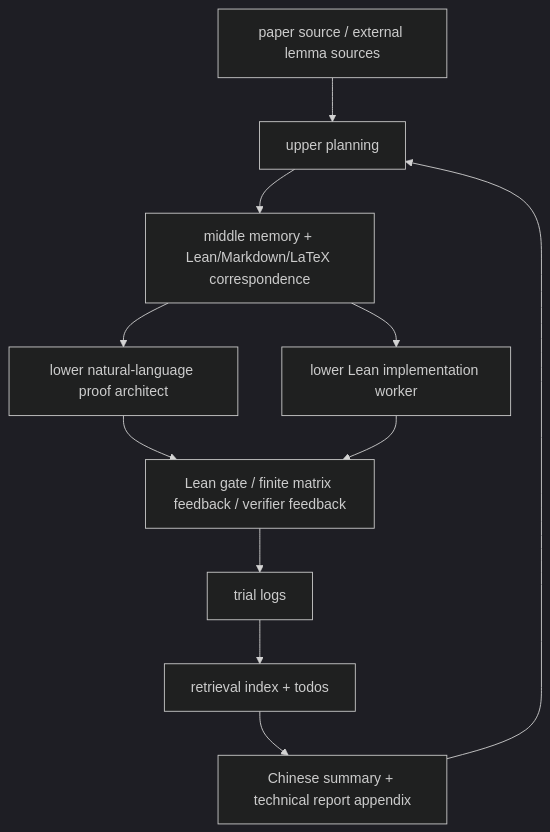
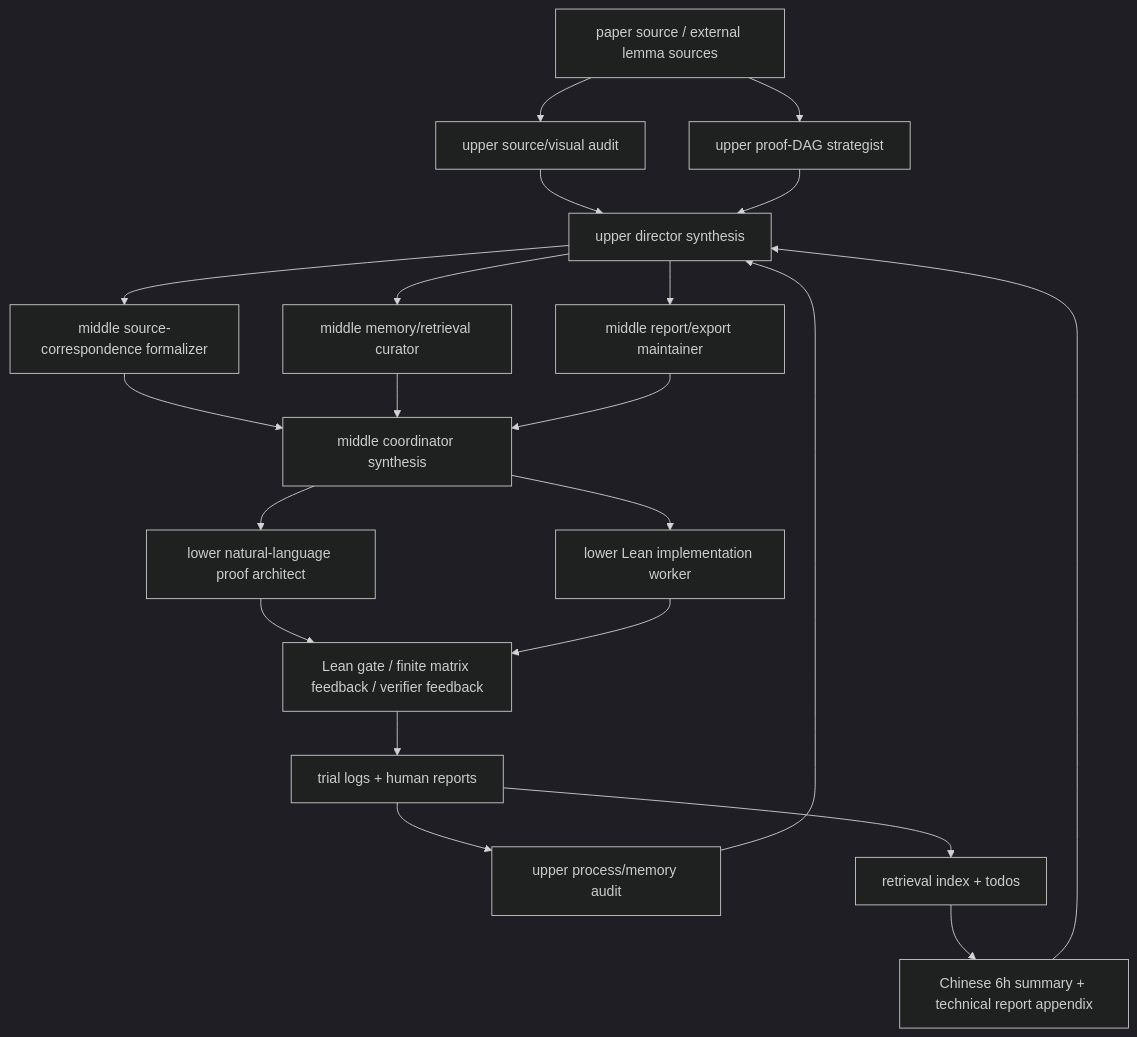
The diagram in README.md (DakeBU/Quantum-Computing-Block-Encoding), drawn with Mermaid (dark theme) before and after one commit. The commit also changed other lines of this file and 10 other files, not shown here.

Commit message:
Improve ABEIS memory refresh and verifier feedback docs

````diff
--- a/README.md
+++ b/README.md
@@ -138,13 +144,23 @@
 ```mermaid
 flowchart TD
-  A["paper source / external lemma sources"] --> B["upper planning"]
-  B --> C["middle memory + Lean/Markdown/LaTeX correspondence"]
-  C --> D["lower natural-language proof architect"]
-  C --> E["lower Lean implementation worker"]
-  D --> F["Lean gate / finite matrix feedback / verifier feedback"]
-  E --> F
-  F --> G["trial logs"]
-  G --> H["retrieval index + todos"]
-  H --> I["Chinese summary + technical report appendix"]
-  I --> B
+  A["paper source / external lemma sources"] --> B["upper source/visual audit"]
+  A --> C["upper proof-DAG strategist"]
+  J["trial logs + human reports"] --> D["upper process/memory audit"]
+  B --> E["upper director synthesis"]
+  C --> E
+  D --> E
+  E --> F["middle source-correspondence formalizer"]
+  E --> G["middle memory/retrieval curator"]
+  E --> H["middle report/export maintainer"]
+  F --> I["middle coordinator synthesis"]
+  G --> I
+  H --> I
+  I --> M["lower natural-language proof architect"]
+  I --> N["lower Lean implementation worker"]
+  M --> O["Lean gate / finite matrix feedback / verifier feedback"]
+  N --> O
+  O --> J
+  J --> K["retrieval index + todos"]
+  K --> L["Chinese 6h summary + technical report appendix"]
+  L --> E
 ```
````
